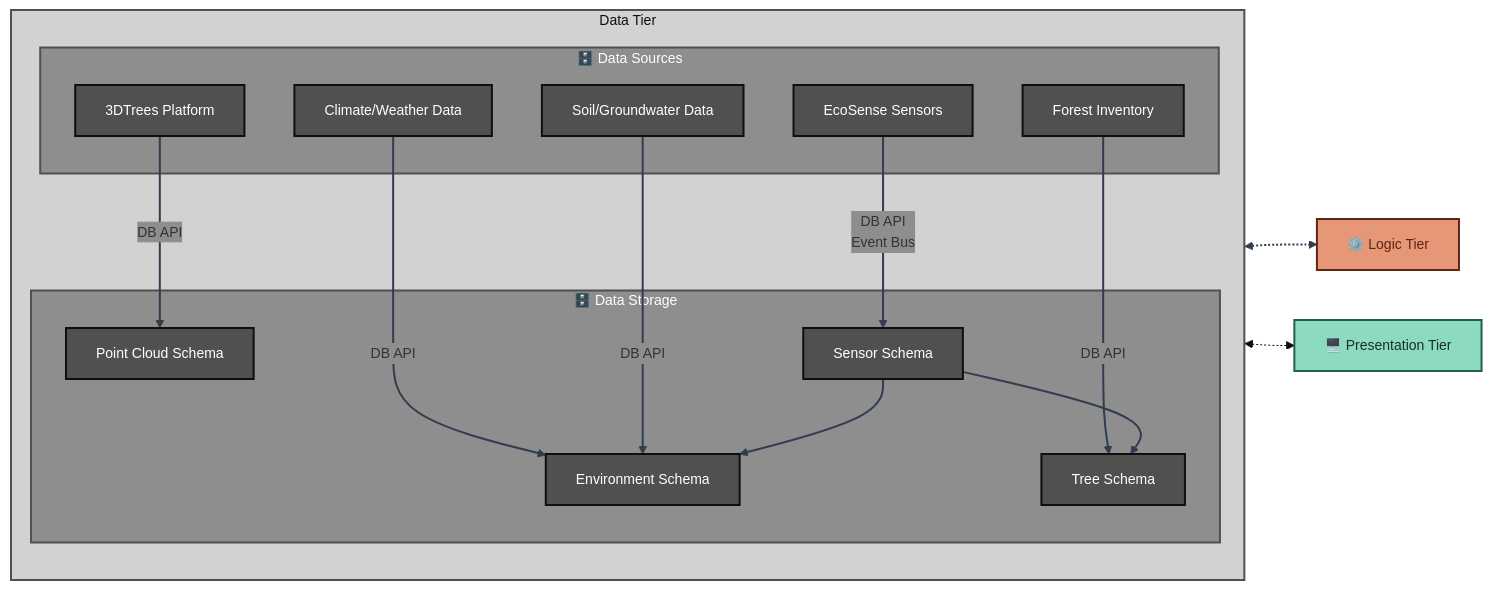
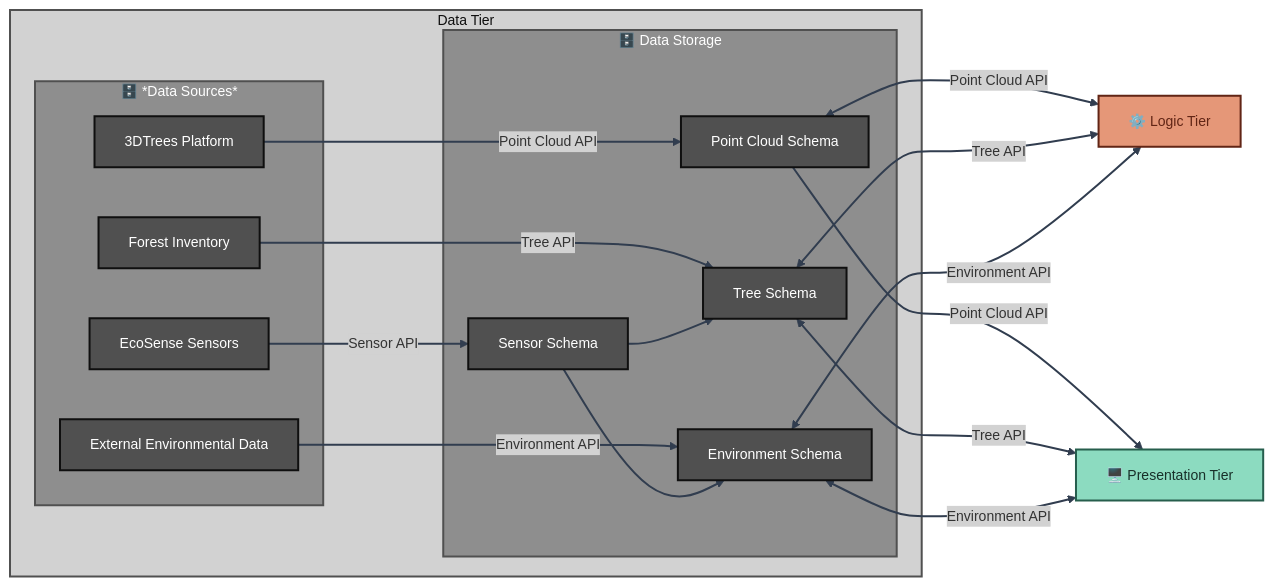
One commit to XRFutureForests/digital-twin-db changed the second of 4 diagrams in docs/architecture/architecture.md. Above: the diagram before and after it, drawn with Mermaid. The commit also changed other lines of this file, not shown here.

Commit message:
simplifies architecture

````diff
--- a/docs/architecture/architecture.md
+++ b/docs/architecture/architecture.md
@@ -67,68 +60,70 @@
 ```mermaid
 %%{
 init: {
 'theme': 'base',
 'themeVariables': {
 'fontSize': '14px',
-'secondaryColor': '#8e8e8e'
+'secondaryColor': '#d2d2d2'
 }
 }
 }%%
 flowchart LR
 subgraph DATA_TIER["Data Tier"]
-subgraph SOURCES["🗄️ Data Sources"]
+subgraph SOURCES["🗄️ *Data Sources*"]
 S1[3DTrees Platform]
+S5[Forest Inventory]
+S3[External Environmental Data]
 S2[EcoSense Sensors]
-S3[Climate/Weather Data]
-S4[Soil/Groundwater Data]
-S5[Forest Inventory]
 end
 
 subgraph STORAGE["🗄️ Data Storage"]
 SC1[Point Cloud Schema]
 SC2[Tree Schema]
 SC3[Sensor Schema]
 SC4[Environment Schema]
 end
 end
 
 LOGIC_REF["⚙️ Logic Tier"]
 
 
 PRESENTATION_REF["🖥️ Presentation Tier"]
 
-S1 -->|DB API| SC1
-S2 -->|DB API<br/>Event Bus| SC3
-S3 -->|DB API| SC4
-S4 -->|DB API| SC4
-S5 -->|DB API| SC2
+S1 -->|Point Cloud API| SC1
+S2 -->|Sensor API| SC3
+S3 -->|Environment API| SC4
+S5 -->|Tree API| SC2
 
 SC3 --> SC4
 SC3 --> SC2
 
-DATA_TIER <-.-> LOGIC_REF
-DATA_TIER <-.-> PRESENTATION_REF
+SC1 <-->|Point Cloud API| LOGIC_REF
+SC2 <-->|Tree API| LOGIC_REF
+SC4 <-->|Environment API| LOGIC_REF
+SC1 -->|Point Cloud API| PRESENTATION_REF
+SC2 <-->|Tree API| PRESENTATION_REF
+SC4 <-->|Environment API| PRESENTATION_REF
 
 %% Higher level tiers - light colors
 classDef dataBack fill:#d2d2d2,stroke:#505050,stroke-width:2px,color:#0f0f0f
 classDef logicTier fill:#e59778,stroke:#612515,stroke-width:2px,color:#612515
 classDef presentationTier fill:#8cdbc0,stroke:#265e4d,stroke-width:2px,color:#183029
 
 %% Mid-level subgraphs - medium colors  
 classDef dataTier fill:#8e8e8e,stroke:#505050,stroke-width:2px,color:#ffffff
 
 %% Nodes - darkest colors
 classDef dataNode fill:#505050,stroke:#0f0f0f,stroke-width:2px,color:#ffffff
 classDef logicNode fill:#612515,stroke:#ad5643,stroke-width:2px,color:#ffffff
 classDef presentationNode fill:#265e4d,stroke:#5cb89c,stroke-width:2px,color:#ffffff
 
 class DATA_TIER dataBack
 class SOURCES,STORAGE dataTier
-class S1,S2,S3,S4,S5,SC1,SC2,SC3,SC4 dataNode
+class S1,S2,S3,S5,SC1,SC2,SC3,SC4 dataNode
 class LOGIC_REF logicTier
 class L_REF logicNode
 class PRESENTATION_REF presentationTier
 class P_REF presentationNode
 
-linkStyle 0,1,2,3,4,5,6,7 stroke:#313d4f,stroke-width:2px
+linkStyle 0,1,2,3,4,5,6,7,8,9,10,11 stroke:#313d4f,stroke-width:2px
 ```
````
